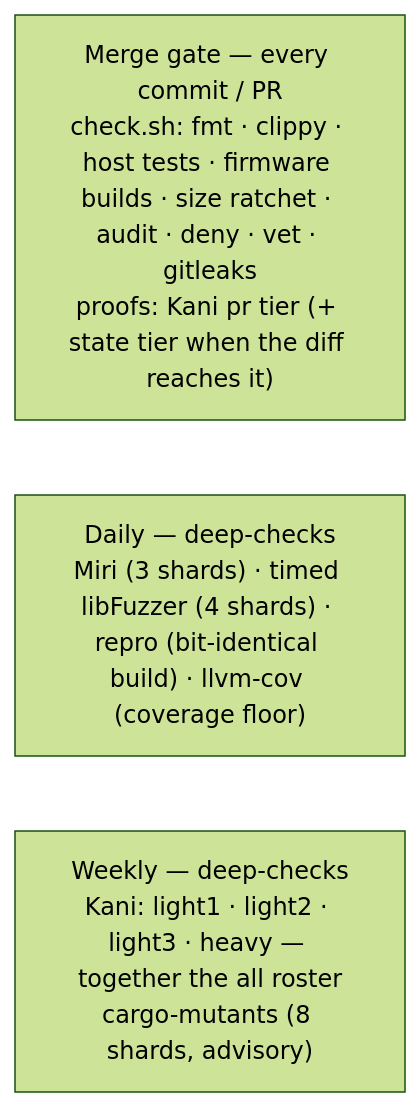
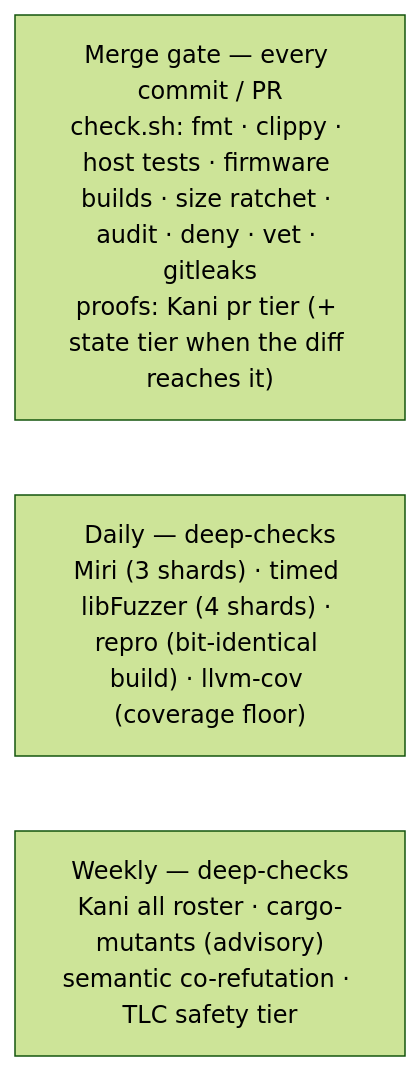
One commit to TheMaxMur/RS-Key changed the second of 2 diagrams in docs/testing.md. Above: the diagram before and after it, drawn with Mermaid (forest theme). The commit also changed other lines of this file and 7 other files, not shown here.

````diff
--- a/docs/testing.md
+++ b/docs/testing.md
@@ -751,7 +763,7 @@
 ```mermaid
 flowchart TB
     a["Merge gate — every commit / PR<br/>check.sh: fmt · clippy · host tests · firmware builds · size ratchet · audit · deny · vet · gitleaks<br/>proofs: Kani pr tier (+ state tier when the diff reaches it)"]
     b["Daily — deep-checks<br/>Miri (3 shards) · timed libFuzzer (4 shards) · repro (bit-identical build) · llvm-cov (coverage floor)"]
-    c["Weekly — deep-checks<br/>Kani: light1 · light2 · light3 · heavy — together the all roster<br/>cargo-mutants (8 shards, advisory)"]
+    c["Weekly — deep-checks<br/>Kani all roster · cargo-mutants (advisory)<br/>semantic co-refutation · TLC safety tier"]
     a ~~~ b ~~~ c
 ```
````
